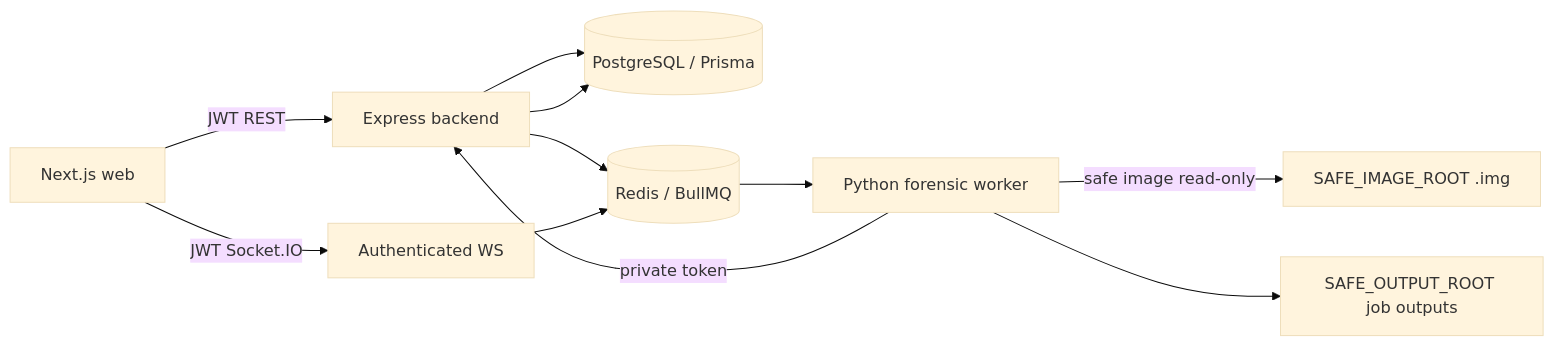
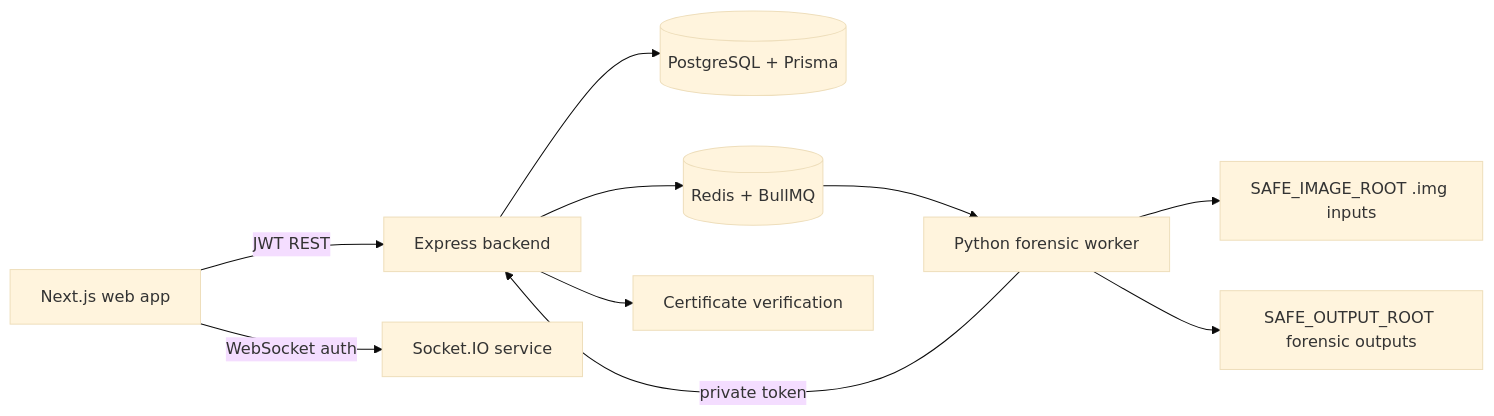
One commit to Txnishkk93/ForenSweep changed the diagram in README.md. Above: the diagram before and after it, drawn with Mermaid (base theme). The commit also changed other lines of this file and 4 other files, not shown here.

Commit message:
fix(recovery): fix recover deep-link and archive selection flow

````diff
--- a/README.md
+++ b/README.md
@@ -9,13 +36,12 @@
 ```mermaid
 flowchart LR
-  Web[Next.js web] -->|JWT REST| API[Express backend]
-  Web -->|JWT Socket.IO| WS[Authenticated WS]
-  API --> DB[(PostgreSQL / Prisma)]
-  API --> Redis[(Redis / BullMQ)]
+  Web[Next.js web app] -->|JWT REST| API[Express backend]
+  Web -->|WebSocket auth| WS[Socket.IO service]
+  API --> DB[(PostgreSQL + Prisma)]
+  API --> Redis[(Redis + BullMQ)]
   Redis --> Worker[Python forensic worker]
   Worker -->|private token| API
-  Worker -->|safe image read-only| IMG[SAFE_IMAGE_ROOT .img]
-  Worker --> OUT[SAFE_OUTPUT_ROOT job outputs]
-  API --> DB
-  WS --> Redis
+  Worker --> IMG[SAFE_IMAGE_ROOT .img inputs]
+  Worker --> OUT[SAFE_OUTPUT_ROOT forensic outputs]
+  API --> Certs[Certificate verification]
 ```
````
